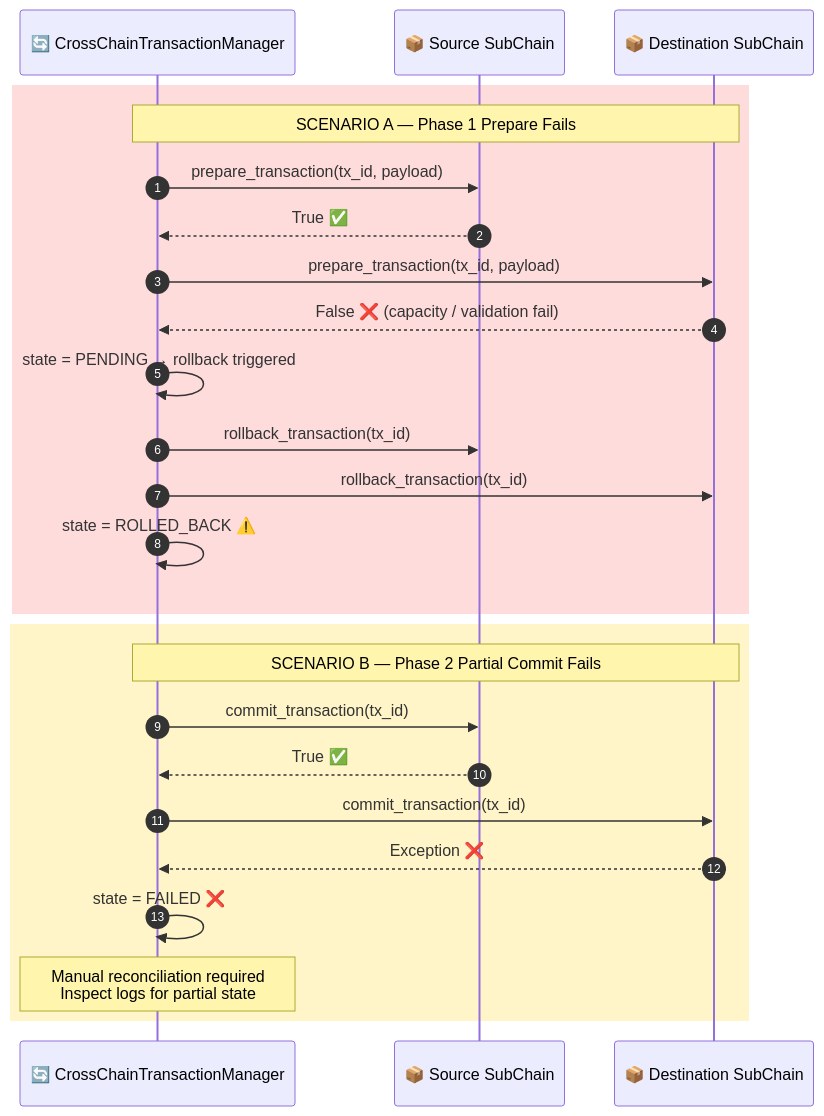
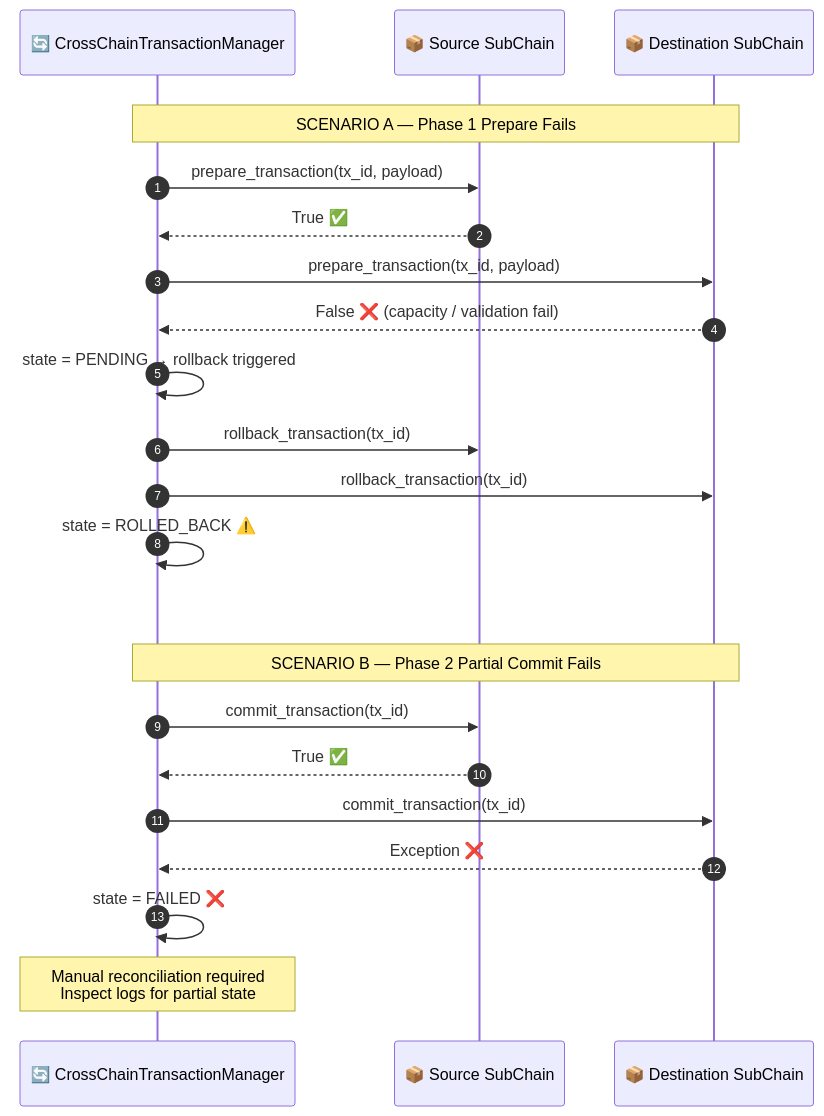
One commit to VanDung-dev/HieraChain changed the second of 3 diagrams in docs/workflows/wf-03-cross-chain-2pc.md. Above: the diagram before and after it, drawn with Mermaid. The commit also changed other lines of this file and 7 other files, not shown here.

First line of the commit message:
docs(workflows): standardize sequence diagrams and remove hardcoded styling

````diff
--- a/docs/workflows/wf-03-cross-chain-2pc.md
+++ b/docs/workflows/wf-03-cross-chain-2pc.md
@@ -62,29 +62,29 @@
 ```mermaid
 sequenceDiagram
     autonumber
     participant TM as 🔄 CrossChainTransactionManager
     participant SRC as 📦 Source SubChain
     participant DST as 📦 Destination SubChain
 
-    rect rgb(255, 220, 220)
+    rect rgb(0, 0, 0, 0)
         Note over TM,DST: SCENARIO A — Phase 1 Prepare Fails
         TM->>SRC: prepare_transaction(tx_id, payload)
         SRC-->>TM: True ✅
         TM->>DST: prepare_transaction(tx_id, payload)
         DST-->>TM: False ❌  (capacity / validation fail)
         TM->>TM: state = PENDING → rollback triggered
         TM->>SRC: rollback_transaction(tx_id)
         TM->>DST: rollback_transaction(tx_id)
         TM->>TM: state = ROLLED_BACK ⚠️
     end
 
-    rect rgb(255, 245, 200)
+    rect rgb(0, 0, 0, 0)
         Note over TM,DST: SCENARIO B — Phase 2 Partial Commit Fails
         TM->>SRC: commit_transaction(tx_id)
         SRC-->>TM: True ✅
         TM->>DST: commit_transaction(tx_id)
         DST-->>TM: Exception ❌
         TM->>TM: state = FAILED ❌
         Note over TM: Manual reconciliation required<br/>Inspect logs for partial state
     end
 ```
````
